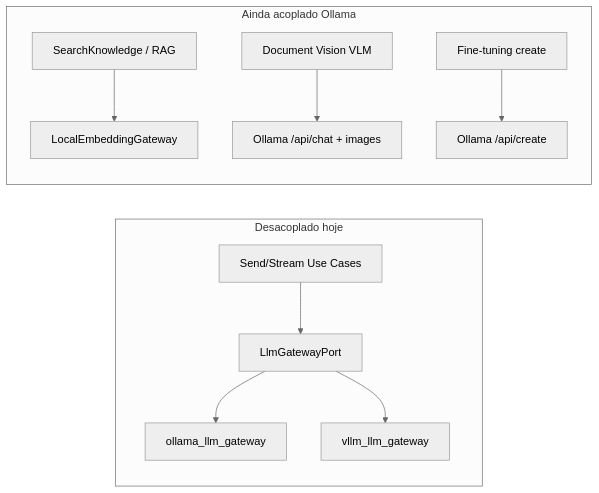
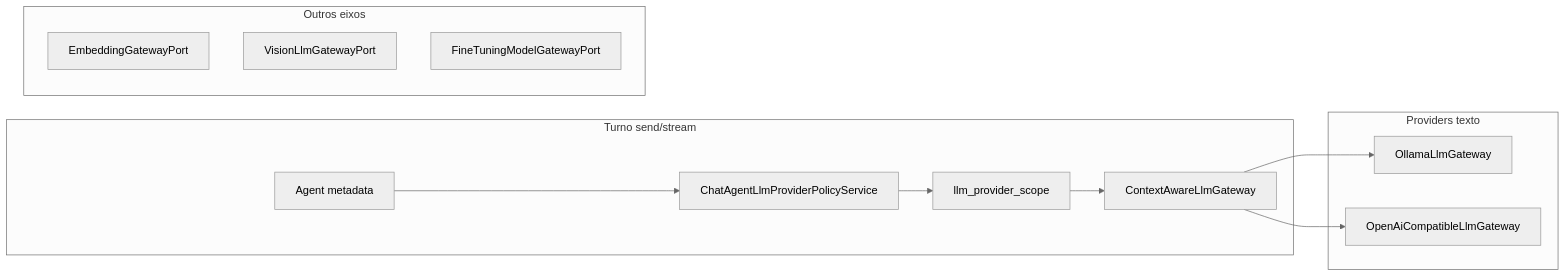
Before and after one commit to roberiooliveiradev/delpi-central: the diagram in minha-delpi-ai-api/docs/roadmap/playbook-24-llm-provider-pluggable-jul2026.md, drawn with Mermaid (neutral theme). The commit also changed other lines of this file and 9 other files, not shown here.

````diff
--- a/minha-delpi-ai-api/docs/roadmap/playbook-24-llm-provider-pluggable-jul2026.md
+++ b/minha-delpi-ai-api/docs/roadmap/playbook-24-llm-provider-pluggable-jul2026.md
@@ -53,22 +50,23 @@
 ```mermaid
 flowchart LR
-  subgraph desacoplado [Desacoplado hoje]
-    UC[Send/Stream Use Cases]
-    PORT[LlmGatewayPort]
-    OC[ollama_llm_gateway]
-    VC[vllm_llm_gateway]
-    UC --> PORT
-    PORT --> OC
-    PORT --> VC
+  subgraph turno [Turno send/stream]
+    AG[Agent metadata]
+    POL[ChatAgentLlmProviderPolicyService]
+    SCOPE[llm_provider_scope]
+    CTX[ContextAwareLlmGateway]
+    AG --> POL --> SCOPE --> CTX
   end
 
-  subgraph acoplado [Ainda acoplado Ollama]
-    RAG[SearchKnowledge / RAG]
-    EMB[LocalEmbeddingGateway]
-    VIS[Document Vision VLM]
-    FT[Fine-tuning create]
-    RAG --> EMB
-    VIS --> OC2[Ollama /api/chat + images]
-    FT --> OC3[Ollama /api/create]
+  subgraph providers [Providers texto]
+    OC[OllamaLlmGateway]
+    OAI[OpenAiCompatibleLlmGateway]
+    CTX --> OC
+    CTX --> OAI
+  end
+
+  subgraph outros [Outros eixos]
+    EMB[EmbeddingGatewayPort]
+    VIS[VisionLlmGatewayPort]
+    FT[FineTuningModelGatewayPort]
   end
 ```
````
